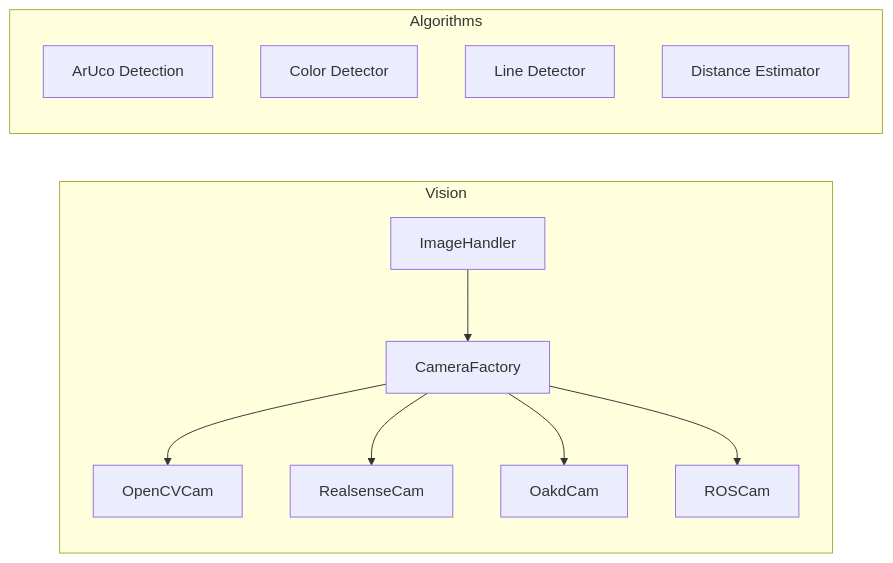
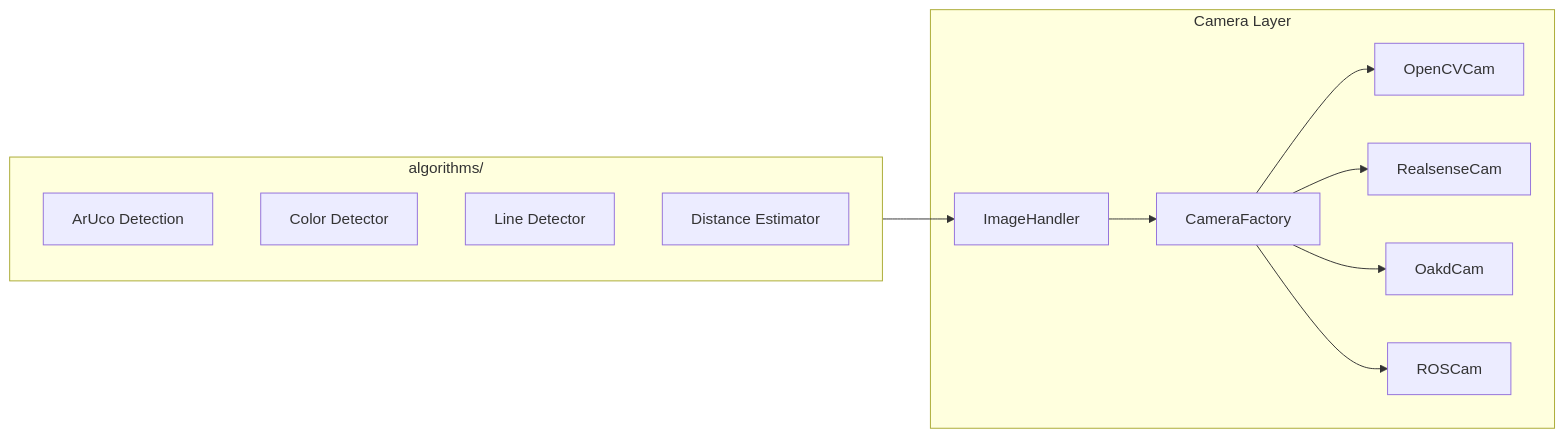
Before and after one commit to Black-Bee-Drones/nectar-sdk: the first of 4 diagrams in README.md, drawn with Mermaid. The commit also changed other lines of this file and 3 other files, not shown here.

````diff
--- a/README.md
+++ b/README.md
@@ -229,24 +183,25 @@
 ```mermaid
 flowchart LR
-    subgraph Vision
+    subgraph Camera["Camera Layer"]
         CamFactory[CameraFactory]
         Handler[ImageHandler]
         OpenCV[OpenCVCam]
         RS[RealsenseCam]
         OAK[OakdCam]
         ROS[ROSCam]
     end
     
-    subgraph Algorithms
+    subgraph Algorithms["algorithms/"]
         Aruco[ArUco Detection]
         Color[Color Detector]
         Line[Line Detector]
         Distance[Distance Estimator]
     end
     
     CamFactory --> OpenCV
     CamFactory --> RS
     CamFactory --> OAK
     CamFactory --> ROS
     Handler --> CamFactory
+    Algorithms --> Handler
 ```
````
